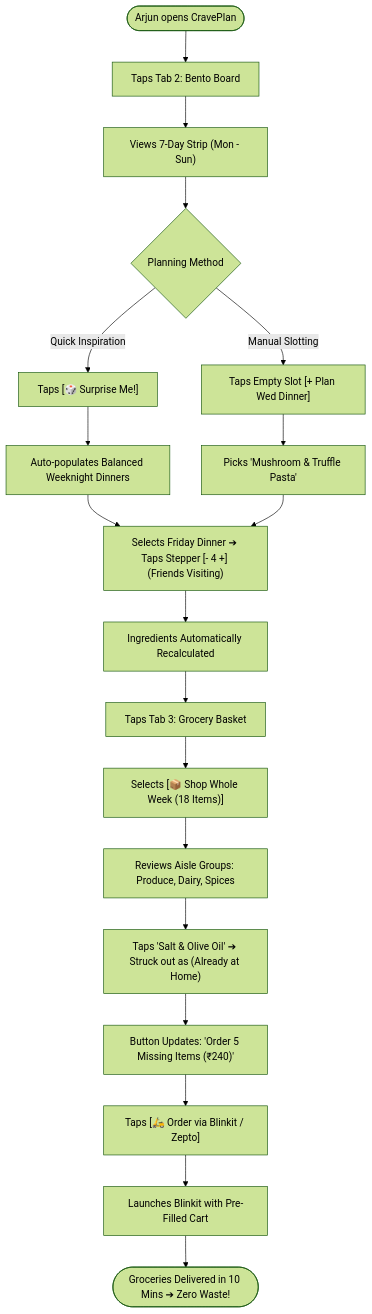
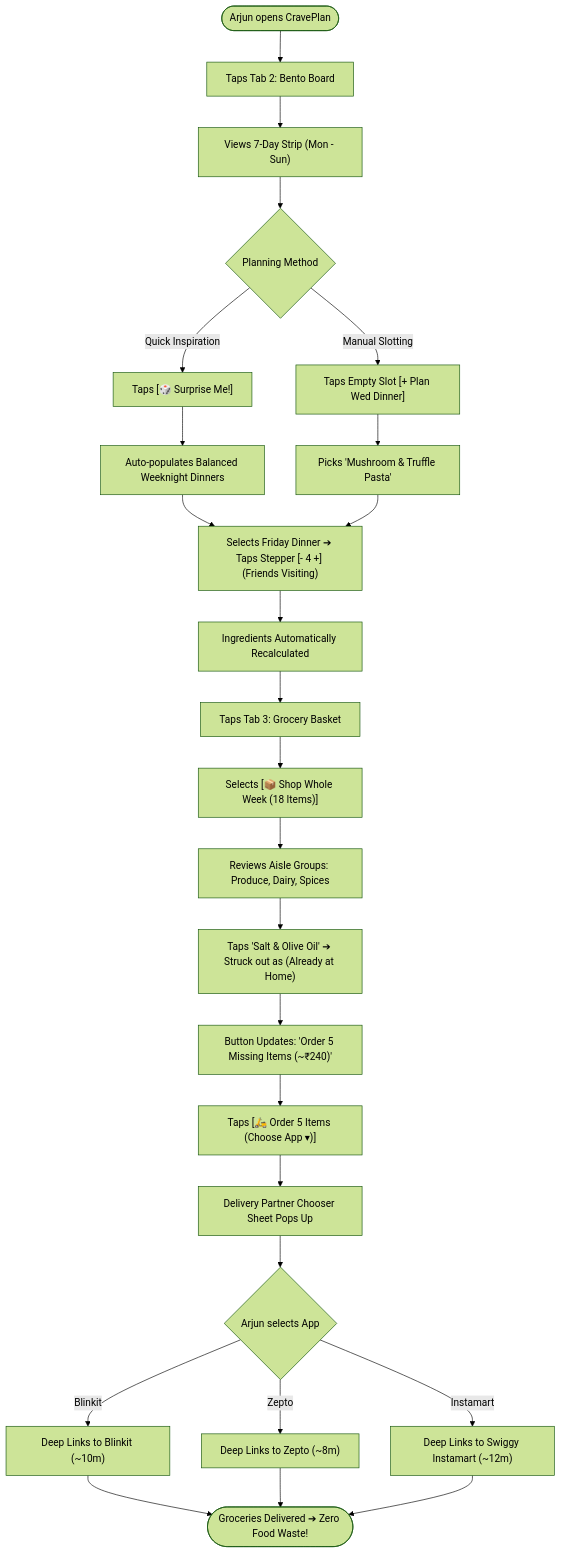
Before and after one commit to NIFT-Information-Architecture-2026/Aarchi_BD-24-1972: the second of 3 diagrams in PHASE_4_FLOWS_AND_WIREFRAMES.md, drawn with Mermaid (forest theme). The commit also changed other lines of this file, not shown here.

Commit message:
docs(ux): complete Phase 4 master user flows and 9-screen low-fidelity wireframe blueprints

````diff
--- a/PHASE_4_FLOWS_AND_WIREFRAMES.md
+++ b/PHASE_4_FLOWS_AND_WIREFRAMES.md
@@ -75,28 +75,36 @@
 ```mermaid
 flowchart TD
     Start(["Arjun opens CravePlan"]) --> Tab2["Taps Tab 2: Bento Board"]
     Tab2 --> ViewWeek["Views 7-Day Strip (Mon - Sun)"]
     
     ViewWeek --> ActionChoice{"Planning Method"}
     ActionChoice -->|"Quick Inspiration"| DiceRoll["Taps [🎲 Surprise Me!]"]
     ActionChoice -->|"Manual Slotting"| TapSlot["Taps Empty Slot [+ Plan Wed Dinner]"]
     
     DiceRoll --> AutoFill["Auto-populates Balanced Weeknight Dinners"]
     TapSlot --> PickRecipe["Picks 'Mushroom & Truffle Pasta'"]
     
     AutoFill --> AdjustPortions["Selects Friday Dinner ➔ Taps Stepper [- 4 +] (Friends Visiting)"]
     PickRecipe --> AdjustPortions
     
     AdjustPortions --> SyncGrocery["Ingredients Automatically Recalculated"]
     SyncGrocery --> GoBasket["Taps Tab 3: Grocery Basket"]
     
     GoBasket --> ModeToggle["Selects [📦 Shop Whole Week (18 Items)]"]
     ModeToggle --> ReviewAisles["Reviews Aisle Groups: Produce, Dairy, Spices"]
     
     ReviewAisles --> TapStaples["Taps 'Salt & Olive Oil' ➔ Struck out as (Already at Home)"]
-    TapStaples --> LiveTotal["Button Updates: 'Order 5 Missing Items (₹240)'"]
+    TapStaples --> LiveTotal["Button Updates: 'Order 5 Missing Items (~₹240)'"]
     
-    LiveTotal --> TapOrder["Taps [🛵 Order via Blinkit / Zepto]"]
-    TapOrder --> DeepLink["Launches Blinkit with Pre-Filled Cart"]
-    DeepLink --> EndSuccess(["Groceries Delivered in 10 Mins ➔ Zero Waste!"])
+    LiveTotal --> TapOrder["Taps [🛵 Order 5 Items (Choose App ▾)]"]
+    TapOrder --> ChoosePartner["Delivery Partner Chooser Sheet Pops Up"]
+    
+    ChoosePartner --> PickPartner{"Arjun selects App"}
+    PickPartner -->|"Blinkit"| LaunchBlinkit["Deep Links to Blinkit (~10m)"]
+    PickPartner -->|"Zepto"| LaunchZepto["Deep Links to Zepto (~8m)"]
+    PickPartner -->|"Instamart"| LaunchInstamart["Deep Links to Swiggy Instamart (~12m)"]
+    
+    LaunchBlinkit --> EndSuccess(["Groceries Delivered ➔ Zero Food Waste!"])
+    LaunchZepto --> EndSuccess
+    LaunchInstamart --> EndSuccess
 ```
````
